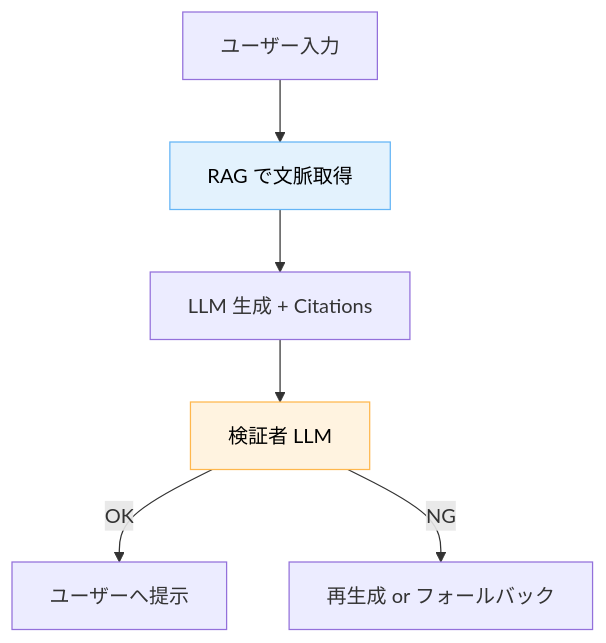
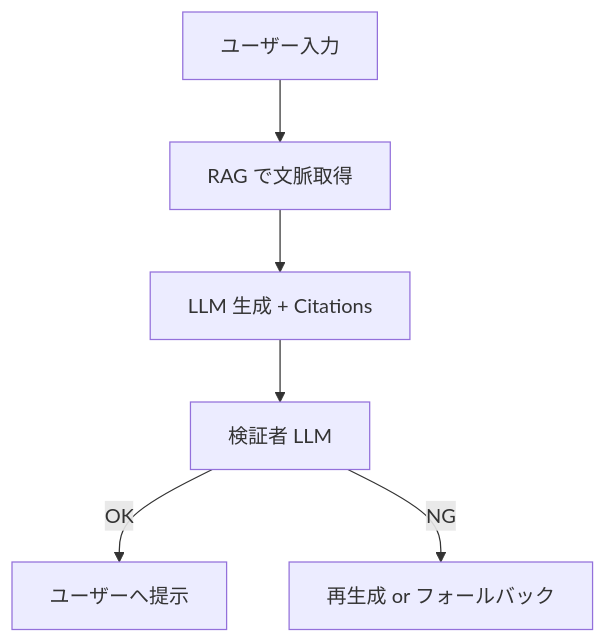
Before and after one commit to dinekt/dinekt-wiki: the third of 3 diagrams in docs/techniques/ハルシネーションを抑える-7-つの手法.md, drawn with Mermaid. The commit also changed other lines of this file and 70 other files, not shown here.

First line of the commit message:
fix(mermaid): strip all inline styling, rely on theme

````diff
--- a/docs/techniques/ハルシネーションを抑える-7-つの手法.md
+++ b/docs/techniques/ハルシネーションを抑える-7-つの手法.md
@@ -109,11 +104,9 @@
 ```mermaid
 flowchart TD
     I[ユーザー入力] --> R[RAG で文脈取得]
     R --> L[LLM 生成 + Citations]
     L --> V[検証者 LLM]
     V -->|OK| O[ユーザーへ提示]
     V -->|NG| RG[再生成 or フォールバック]
 
-    style R fill:#e3f2fd,stroke:#64b5f6,color:#000
-    style V fill:#fff3e0,stroke:#ffb74d,color:#000
 ```
````
